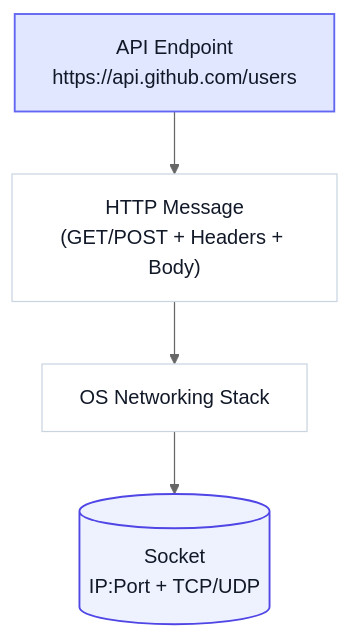
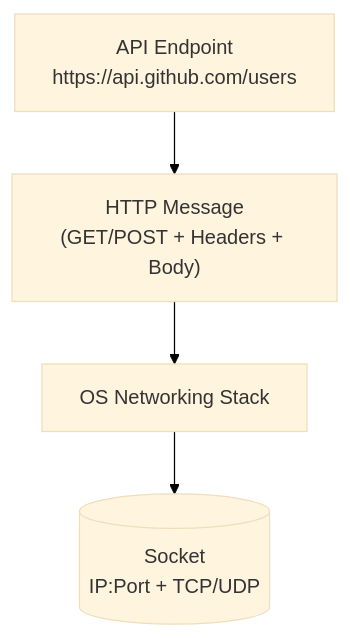
Before and after one commit to hananather/system-design: the third of 5 diagrams in sockets.md, drawn with Mermaid. The commit also changed other lines of this file, not shown here.

Commit message:
Fix Mermaid newlines (use <br/>), force white background, simplify styles to avoid clipping/cutoff

````diff
--- a/sockets.md
+++ b/sockets.md
@@ -49,14 +39,10 @@
 ```mermaid
-%%{init: {'theme':'neutral','themeVariables': { 'fontFamily': 'Inter, ui-sans-serif, system-ui'}}}%%
+%%{init: {'theme': 'base', 'themeVariables': { 'background': '#ffffff', 'fontFamily': 'Inter, ui-sans-serif, system-ui' }}}%%
 flowchart TB
-  EP["API Endpoint\nhttps://api.github.com/users"]:::accent
-  HTTP["HTTP Message\n(GET/POST + Headers + Body)"]:::dim
-  OS["OS Networking Stack"]:::dim
-  SOCK[("Socket\nIP:Port + TCP/UDP")]:::highlight
+  EP["API Endpoint<br/>https://api.github.com/users"]
+  HTTP["HTTP Message<br/>(GET/POST + Headers + Body)"]
+  OS["OS Networking Stack"]
+  SOCK[("Socket<br/>IP:Port + TCP/UDP")]
 
   EP --> HTTP --> OS --> SOCK
-
-  classDef accent fill:#E0E7FF,stroke:#6366F1,stroke-width:1.5px,color:#111827;
-  classDef dim fill:#FFFFFF,stroke:#CBD5E1,stroke-width:1px,color:#111827;
-  classDef highlight fill:#EEF2FF,stroke:#4F46E5,stroke-width:1.5px,color:#111827;
 ```
````
